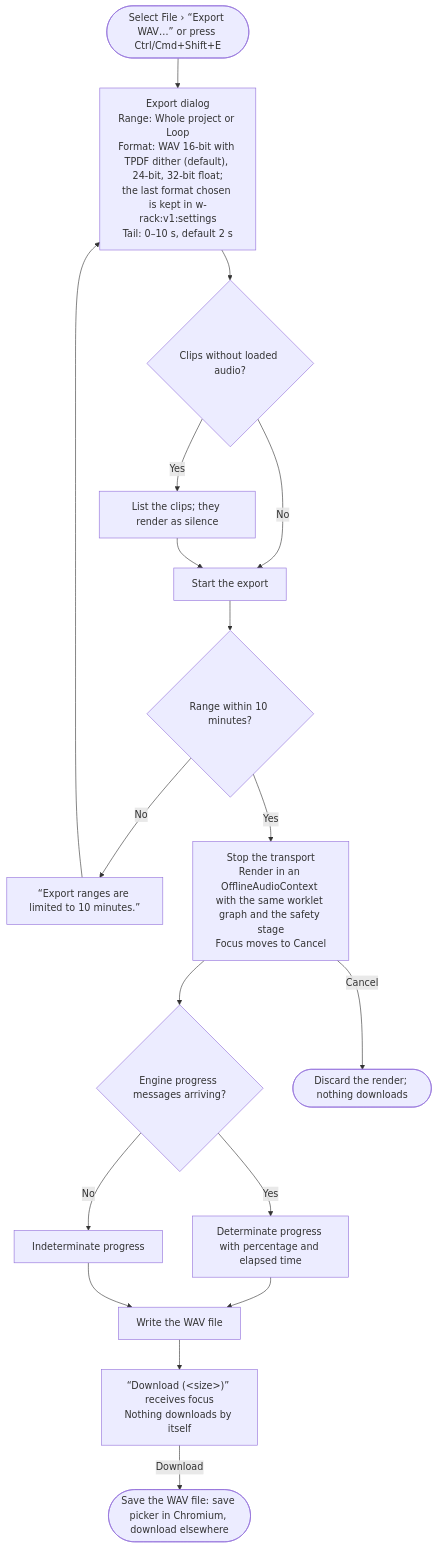
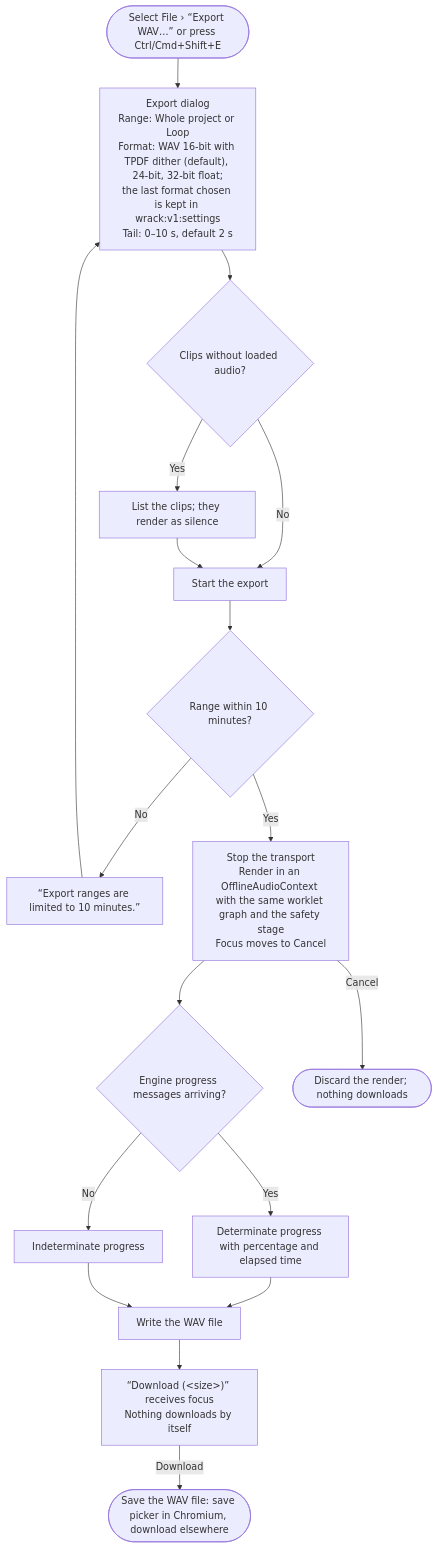
The seventh of 10 diagrams in README.md (victor-almaraz/mpcs-51238-assignment-3), drawn with Mermaid before and after one commit. The commit also changed other lines of this file and 58 other files, not shown here.

First line of the commit message:
chore: rename the app from W-Rack to Wrack

````diff
--- a/README.md
+++ b/README.md
@@ -161,20 +161,20 @@
 ```mermaid
 flowchart TD
-  ex_start(["Select File › “Export WAV…” or press Ctrl/Cmd+Shift+E"]) --> ex_dialog["Export dialog<br/>Range: Whole project or Loop<br/>Format: WAV 16-bit with TPDF dither (default), 24-bit, 32-bit float;<br/>the last format chosen is kept in w-rack:v1:settings<br/>Tail: 0–10 s, default 2 s"]
+  ex_start(["Select File › “Export WAV…” or press Ctrl/Cmd+Shift+E"]) --> ex_dialog["Export dialog<br/>Range: Whole project or Loop<br/>Format: WAV 16-bit with TPDF dither (default), 24-bit, 32-bit float;<br/>the last format chosen is kept in wrack:v1:settings<br/>Tail: 0–10 s, default 2 s"]
   ex_dialog --> ex_missing{"Clips without loaded audio?"}
   ex_missing -->|"Yes"| ex_list["List the clips; they render as silence"]
   ex_missing -->|"No"| ex_go
   ex_list --> ex_go["Start the export"]
   ex_go --> ex_len{"Range within 10 minutes?"}
   ex_len -->|"No"| ex_lerr["“Export ranges are limited to 10 minutes.”"]
   ex_lerr --> ex_dialog
   ex_len -->|"Yes"| ex_render["Stop the transport<br/>Render in an OfflineAudioContext with the same worklet graph and the safety stage<br/>Focus moves to Cancel"]
   ex_render --> ex_msgs{"Engine progress messages arriving?"}
   ex_msgs -->|"Yes"| ex_det["Determinate progress with percentage and elapsed time"]
   ex_msgs -->|"No"| ex_indet["Indeterminate progress"]
   ex_det --> ex_wav
   ex_indet --> ex_wav
   ex_render -->|"Cancel"| ex_cancel(["Discard the render; nothing downloads"])
   ex_wav["Write the WAV file"] --> ex_ready["“Download (#lt;size#gt;)” receives focus<br/>Nothing downloads by itself"]
   ex_ready -->|"Download"| ex_done(["Save the WAV file: save picker in Chromium, download elsewhere"])
 ```
````
